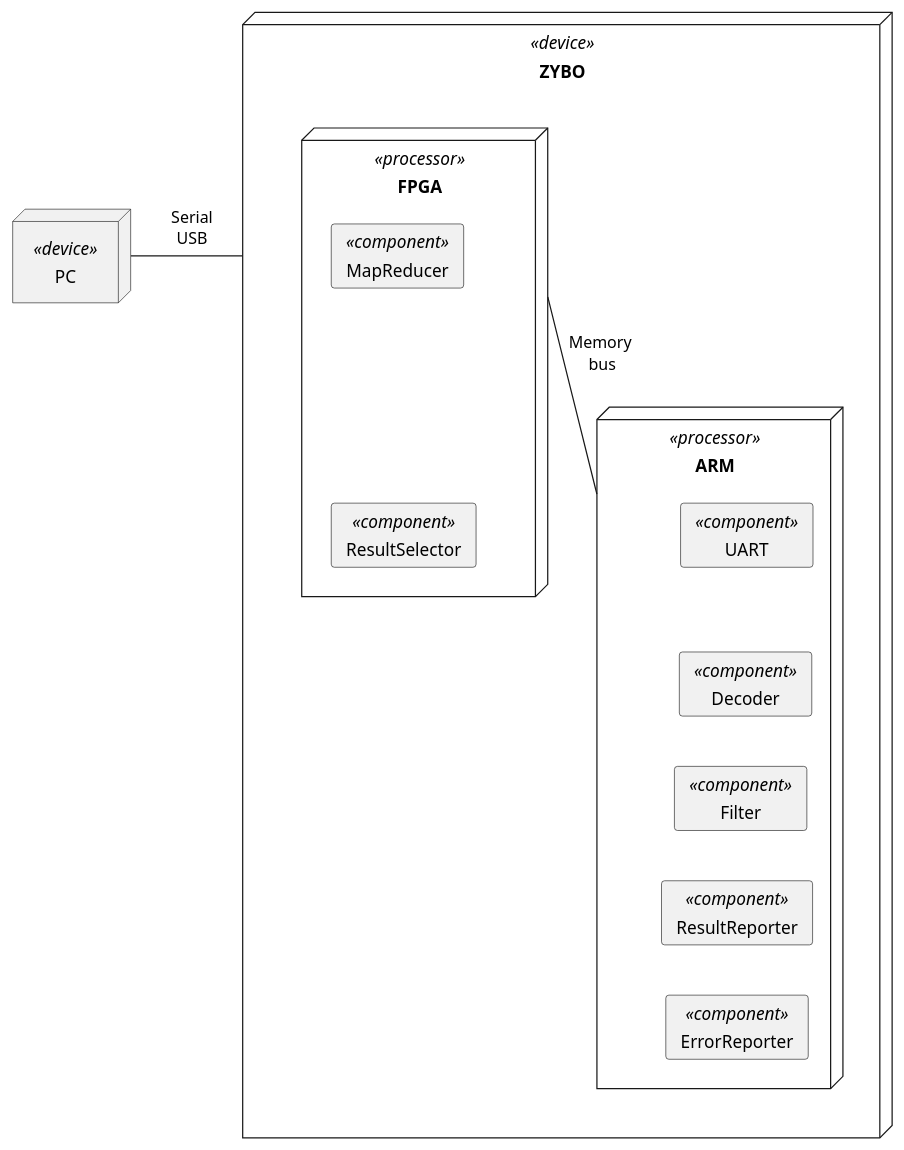
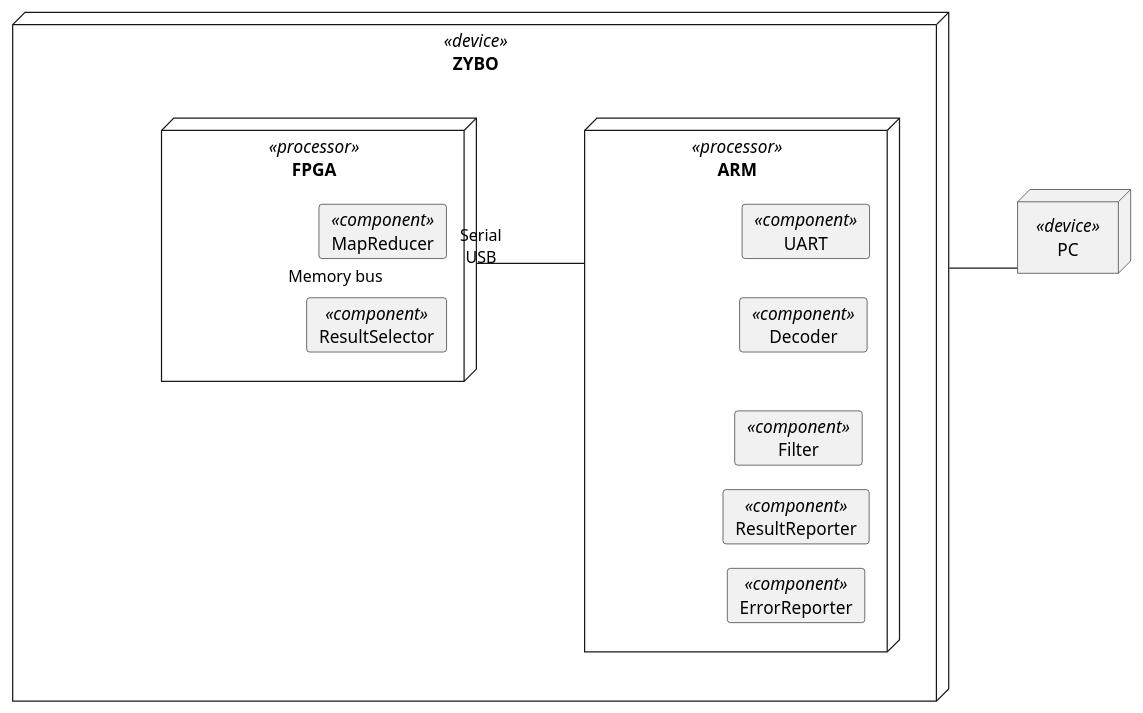
The diagram in exam-project/deployment.puml (Junale/erts-a1), drawn with PlantUML before and after one commit. The commit also changed 2 other files, not shown here.

Commit message:
semi fixed format of plantuml and added mermaid diagrams for deployment diagrams

```diff
--- a/exam-project/deployment.puml
+++ b/exam-project/deployment.puml
@@ -1,39 +1,36 @@
 @startuml deployment
-skinparam linetype poly
-skinparam Nodesep 60
-skinparam Padding 2
-skinparam Ranksep 40
+skinparam linetype ortho
+skinparam Nodesep 120
+skinparam Ranksep 20
 
 
 node ZYBO <<device>> {
-    
-    node FPGA <<processor>> {
-        card MapReducer <<component>>
-        card ResultSelector <<component>>
-    }
-
     node ARM <<processor>> {
         card UART <<component>>
         card Decoder <<component>>
         card Filter <<component>>
         card ResultReporter <<component>>
         card ErrorReporter <<component>>
     }
 
+    node FPGA <<processor>> {
+        card MapReducer <<component>>
+        card ResultSelector <<component>>
+    }
 
-    UART -[hidden]- Decoder
-    Decoder -[hidden]- Filter
-    Filter -[hidden]- ResultReporter
-    ResultReporter -[hidden]- ErrorReporter
-
-    MapReducer -[hidden]- ResultSelector
+    ARM -right- FPGA: Memory bus
+     
+    UART -[hidden]down- Decoder
+    Decoder -[hidden]down- Filter
+    Filter -[hidden]down- ResultReporter
+    ResultReporter -[hidden]down- ErrorReporter
 
 
-    FPGA -- ARM : Memory\n bus
+    MapReducer -[hidden]down- ResultSelector
 }
 
 node PC <<device>>
 
-PC - ZYBO : Serial\nUSB 
+ZYBO -right- PC : Serial\nUSB
 
 @enduml
```
